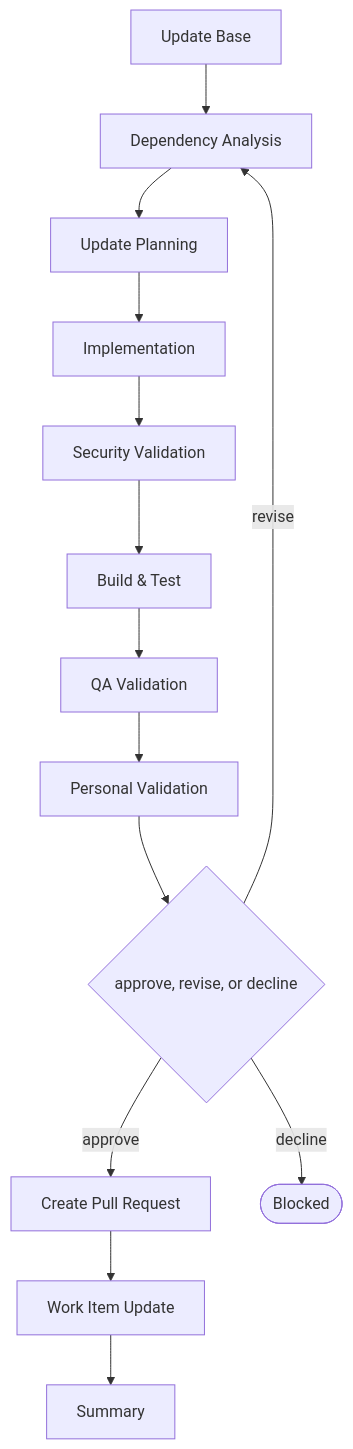
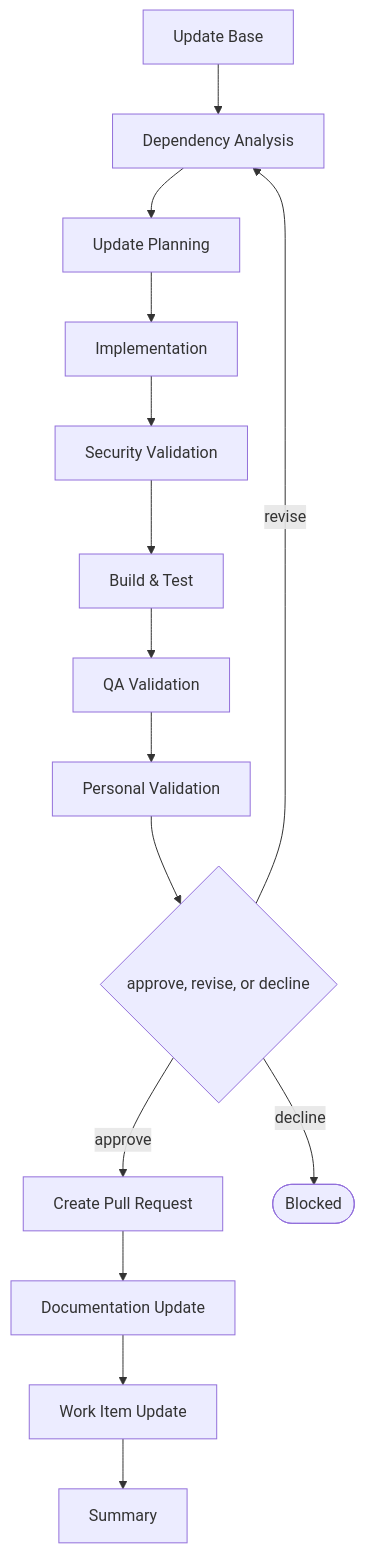
One commit to JSdotNet/ai-agent-stack changed the diagram in .devbook/domain/delivery/flow.flow-update-packages.md. Above: the diagram before and after it, drawn with Mermaid. The commit also changed 10 other files, not shown here.

First line of the commit message:
Draw the phases the flows actually run

````diff
--- a/.devbook/domain/delivery/flow.flow-update-packages.md
+++ b/.devbook/domain/delivery/flow.flow-update-packages.md
@@ -14,28 +14,30 @@
 ```mermaid
 flowchart TD
     base["Update Base"]
     s0["Dependency Analysis"]
     s1["Update Planning"]
     s2["Implementation"]
     s3["Security Validation"]
     c0["Build & Test"]
     c1["QA Validation"]
     c2["Personal Validation"]
 
     base --> s0
     s0 --> s1
     s1 --> s2
     s2 --> s3
     s3 --> c0
     c0 --> c1
     c1 --> c2
     c2 --> g{"approve, revise, or decline"}
     t0["Create Pull Request"]
-    t1["Work Item Update"]
-    t2["Summary"]
+    t1["Documentation Update"]
+    t2["Work Item Update"]
+    t3["Summary"]
     g -->|approve| t0
     t0 --> t1
     t1 --> t2
+    t2 --> t3
     g -->|revise| s0
     g -->|decline| blocked(["Blocked"])
 ```
````
